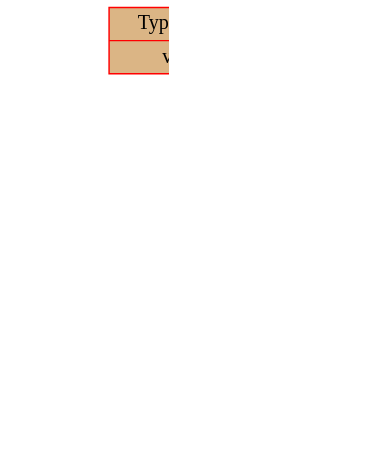
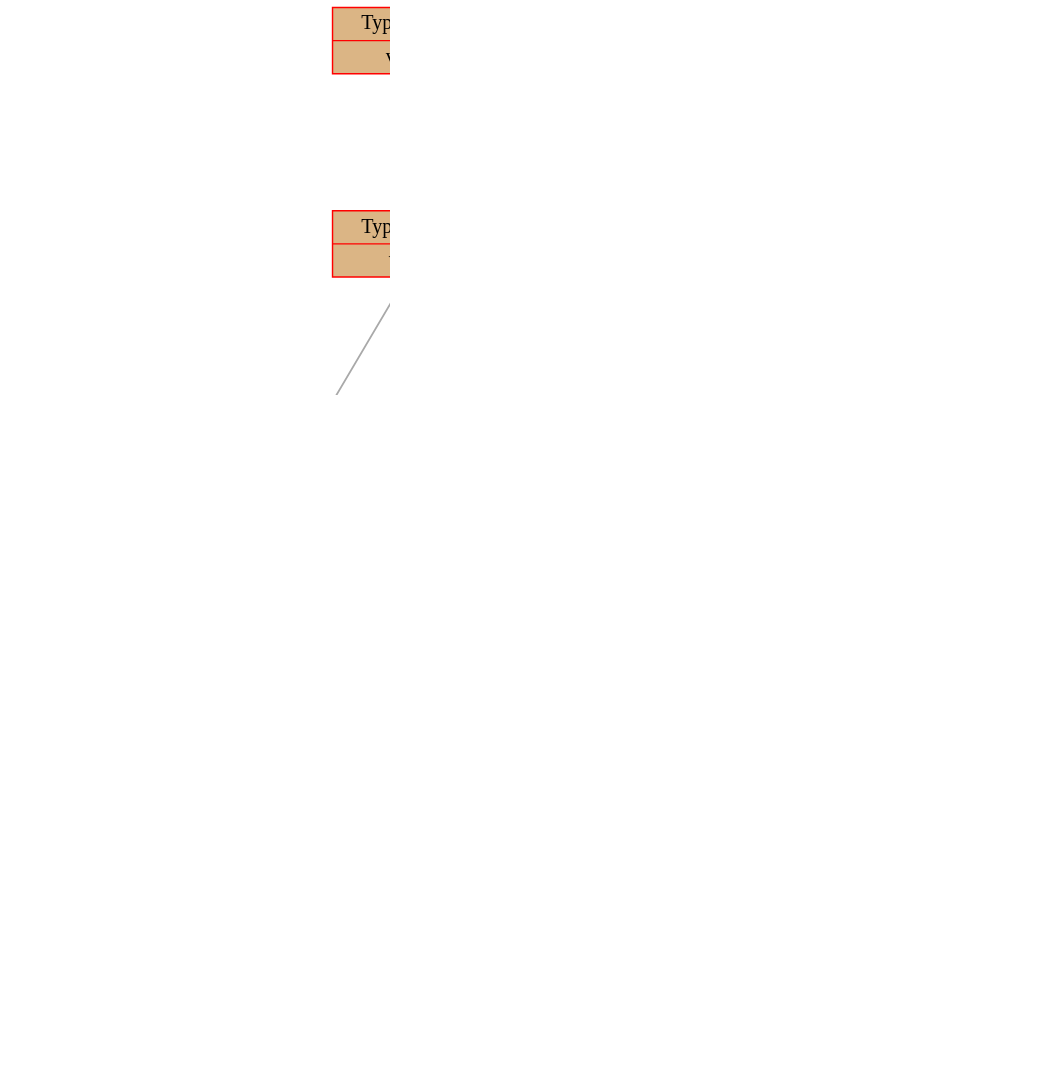
One commit to dodokek/ProgrammingLanguage changed the diagram in frontend/data/graph.dot. Above: the diagram before and after it, drawn with Graphviz. The commit also changed 9 other files, not shown here.

```diff
--- a/frontend/data/graph.dot
+++ b/frontend/data/graph.dot
@@ -1,22 +1,52 @@
 
     digraph g {
         dpi      = 200;
         fontname = "Comic Sans MS";
         fontsize = 20;
         rankdir   =  TB;
         edge [color = darkgrey, arrowhead = onormal, arrowsize = 1, penwidth = 1.2]
         graph[fillcolor = lightgreen, ranksep = 1.3, nodesep = 0.5,
         style = "rounded, filled",color = green, penwidth = 2]
 
-    Node00000239e01a76b0[shape=record, width=0.2, style="filled", color="red", fillcolor="#DBB585",label=" {Type: operation | value: ST}"] 
+    Node000002829bad8530[shape=record, width=0.2, style="filled", color="red", fillcolor="#DBB585",label=" {Type: operation | value: ST}"] 
  
-Node00000239e01a7680[shape=record, width=0.2, style="filled", color="red", fillcolor="#DBB585",label=" {Type: operation | value: VAR}"] 
+Node000002829bad8500[shape=record, width=0.2, style="filled", color="red", fillcolor="#DBB585",label=" {Type: operation | value: IF}"] 
  
-Node00000239e01a7620[shape=record, width=0.2, style="filled", color="red", fillcolor="#19DB27",label=" {Type: variable | value: kot}"] 
+Node000002829bad7610[shape=record, width=0.2, style="filled", color="red", fillcolor="#DBB585",label=" {Type: operation | value: IS_NE}"] 
  
-Node00000239e01a7650[shape=record, width=0.2, style="filled", color="red", fillcolor="#DB8E21",label=" {Type: number | value: 2}"] 
+Node000002829bad75b0[shape=record, width=0.2, style="filled", color="red", fillcolor="#DB8E21",label=" {Type: number | value: 2}"] 
  
-Node00000239e01a76b0->Node00000239e01a7680
-Node00000239e01a7680->Node00000239e01a7620
-Node00000239e01a7680->Node00000239e01a7650
+Node000002829bad75e0[shape=record, width=0.2, style="filled", color="red", fillcolor="#DB8E21",label=" {Type: number | value: 2}"] 
+ 
+Node000002829bad8410[shape=record, width=0.2, style="filled", color="red", fillcolor="#DBB585",label=" {Type: operation | value: ELSE}"] 
+ 
+Node000002829bad8150[shape=record, width=0.2, style="filled", color="red", fillcolor="#DBB585",label=" {Type: operation | value: ST}"] 
+ 
+Node000002829bad8120[shape=record, width=0.2, style="filled", color="red", fillcolor="#DBB585",label=" {Type: operation | value: VAR}"] 
+ 
+Node000002829bad7640[shape=record, width=0.2, style="filled", color="red", fillcolor="#19DB27",label=" {Type: variable | value: kot}"] 
+ 
+Node000002829bad80f0[shape=record, width=0.2, style="filled", color="red", fillcolor="#DB8E21",label=" {Type: number | value: 1}"] 
+ 
+Node000002829bad8210[shape=record, width=0.2, style="filled", color="red", fillcolor="#DBB585",label=" {Type: operation | value: ST}"] 
+ 
+Node000002829bad81e0[shape=record, width=0.2, style="filled", color="red", fillcolor="#DBB585",label=" {Type: operation | value: VAR}"] 
+ 
+Node000002829bad8180[shape=record, width=0.2, style="filled", color="red", fillcolor="#19DB27",label=" {Type: variable | value: kot}"] 
+ 
+Node000002829bad81b0[shape=record, width=0.2, style="filled", color="red", fillcolor="#DB8E21",label=" {Type: number | value: 3}"] 
+ 
+Node000002829bad8530->Node000002829bad8500
+Node000002829bad8500->Node000002829bad7610
+Node000002829bad7610->Node000002829bad75b0
+Node000002829bad7610->Node000002829bad75e0
+Node000002829bad8500->Node000002829bad8410
+Node000002829bad8410->Node000002829bad8150
+Node000002829bad8150->Node000002829bad8120
+Node000002829bad8120->Node000002829bad7640
+Node000002829bad8120->Node000002829bad80f0
+Node000002829bad8410->Node000002829bad8210
+Node000002829bad8210->Node000002829bad81e0
+Node000002829bad81e0->Node000002829bad8180
+Node000002829bad81e0->Node000002829bad81b0
 }
```
